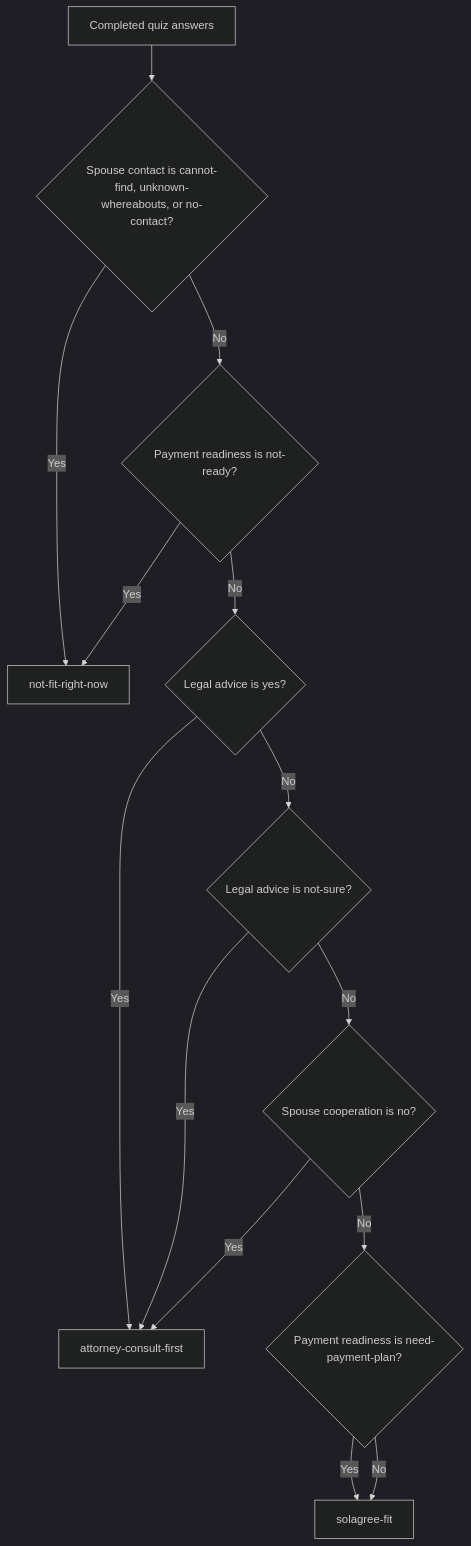
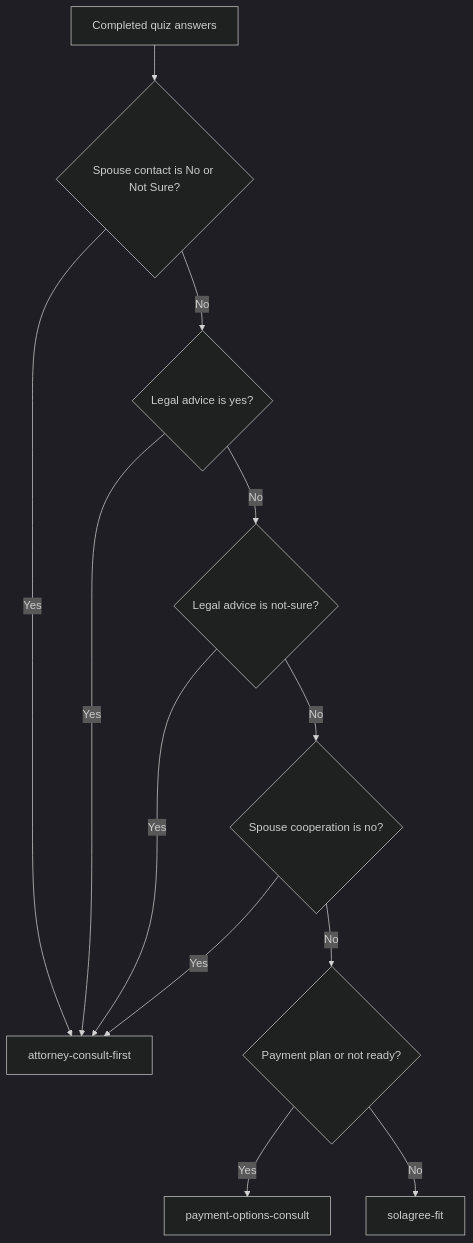
One commit to dmitryhb/solagree-website changed the diagram in docs/quiz-results-matrix.md. Above: the diagram before and after it, drawn with Mermaid (dark theme). The commit also changed other lines of this file and 5 other files, not shown here.

Commit message:
Update Solagree quiz question and result routing

````diff
--- a/docs/quiz-results-matrix.md
+++ b/docs/quiz-results-matrix.md
@@ -40,16 +41,14 @@
 ```mermaid
 flowchart TD
-  A["Completed quiz answers"] --> B{"Spouse contact is cannot-find, unknown-whereabouts, or no-contact?"}
-  B -- Yes --> NF["not-fit-right-now"]
-  B -- No --> C{"Payment readiness is not-ready?"}
-  C -- Yes --> NF
-  C -- No --> D{"Legal advice is yes?"}
-  D -- Yes --> AC["attorney-consult-first"]
+  A["Completed quiz answers"] --> B{"Spouse contact is No or Not Sure?"}
+  B -- Yes --> AC["attorney-consult-first"]
+  B -- No --> D{"Legal advice is yes?"}
+  D -- Yes --> AC
   D -- No --> E{"Legal advice is not-sure?"}
   E -- Yes --> AC
   E -- No --> F{"Spouse cooperation is no?"}
   F -- Yes --> AC
-  F -- No --> G{"Payment readiness is need-payment-plan?"}
-  G -- Yes --> SF["solagree-fit"]
-  G -- No --> SF
+  F -- No --> G{"Payment plan or not ready?"}
+  G -- Yes --> PO["payment-options-consult"]
+  G -- No --> SF["solagree-fit"]
 ```
````
